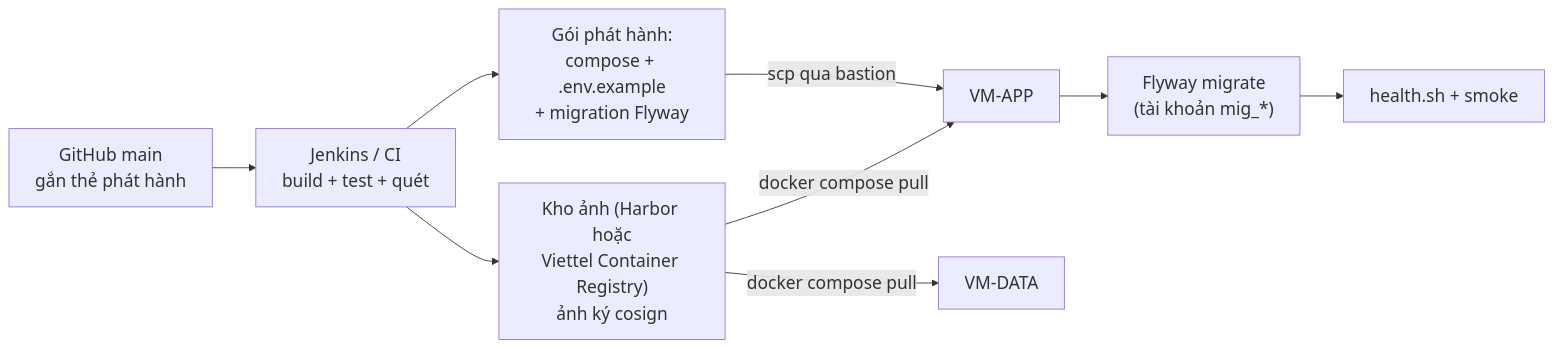
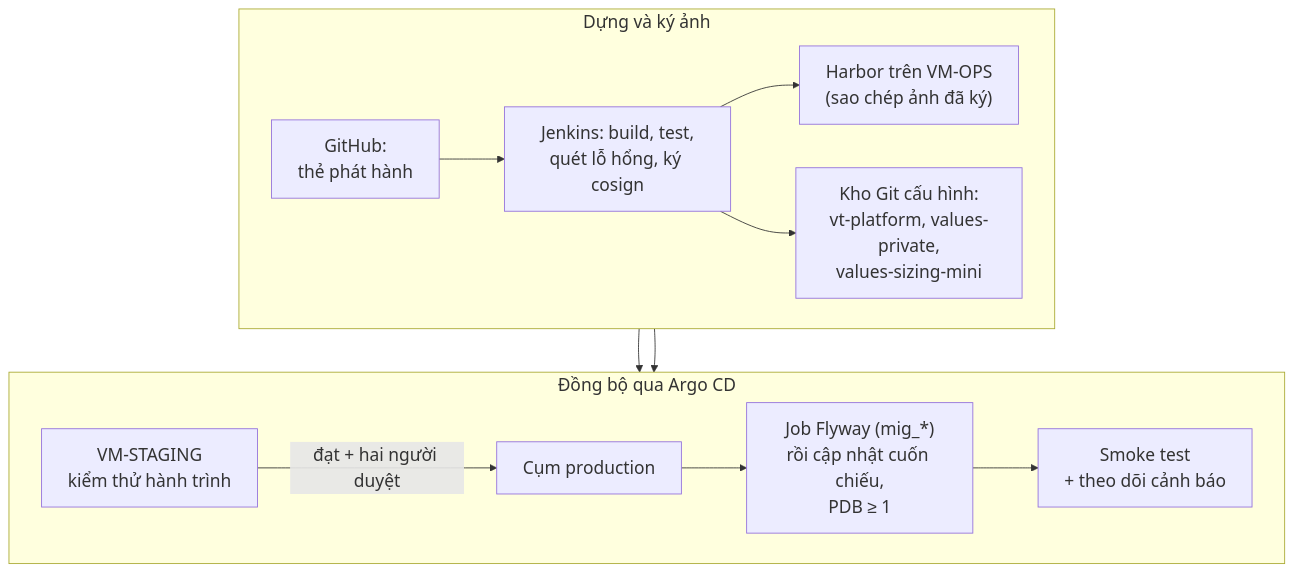
Before and after one commit to caprocute/mission-web: the diagram in docs/thiet-ke/assets/tl06/h8-trien-khai.mmd, drawn with Mermaid. The commit also changed 23 other files, not shown here.

First line of the commit message:
TL-06: viết lại LLD theo mô hình production HA cho 1 đơn vị 100 người

```diff
--- a/docs/thiet-ke/assets/tl06/h8-trien-khai.mmd
+++ b/docs/thiet-ke/assets/tl06/h8-trien-khai.mmd
@@ -1,9 +1,13 @@
 %%{init: {"themeVariables":{"fontSize":"20px"}}}%%
-flowchart LR
-  G["GitHub main<br/>gắn thẻ phát hành"] --> J["Jenkins / CI<br/>build + test + quét"]
-  J --> R["Kho ảnh (Harbor hoặc<br/>Viettel Container Registry)<br/>ảnh ký cosign"]
-  R -->|docker compose pull| A["VM-APP"]
-  R -->|docker compose pull| D["VM-DATA"]
-  J --> P["Gói phát hành:<br/>compose + .env.example<br/>+ migration Flyway"]
-  P -->|scp qua bastion| A
-  A --> F["Flyway migrate<br/>(tài khoản mig_*)"] --> H["health.sh + smoke"]
+flowchart TB
+  subgraph X["Dựng và ký ảnh"]
+    direction LR
+    G["GitHub:<br/>thẻ phát hành"] --> J["Jenkins: build, test,<br/>quét lỗ hổng, ký cosign"] --> R["Harbor trên VM-OPS<br/>(sao chép ảnh đã ký)"]
+    J --> C["Kho Git cấu hình:<br/>vt-platform, values-private,<br/>values-sizing-mini"]
+  end
+  subgraph Y["Đồng bộ qua Argo CD"]
+    direction LR
+    S["VM-STAGING<br/>kiểm thử hành trình"] -->|"đạt + hai người duyệt"| P["Cụm production"] --> F["Job Flyway (mig_*)<br/>rồi cập nhật cuốn chiếu,<br/>PDB ≥ 1"] --> H["Smoke test<br/>+ theo dõi cảnh báo"]
+  end
+  C --> S
+  R --> S
```
